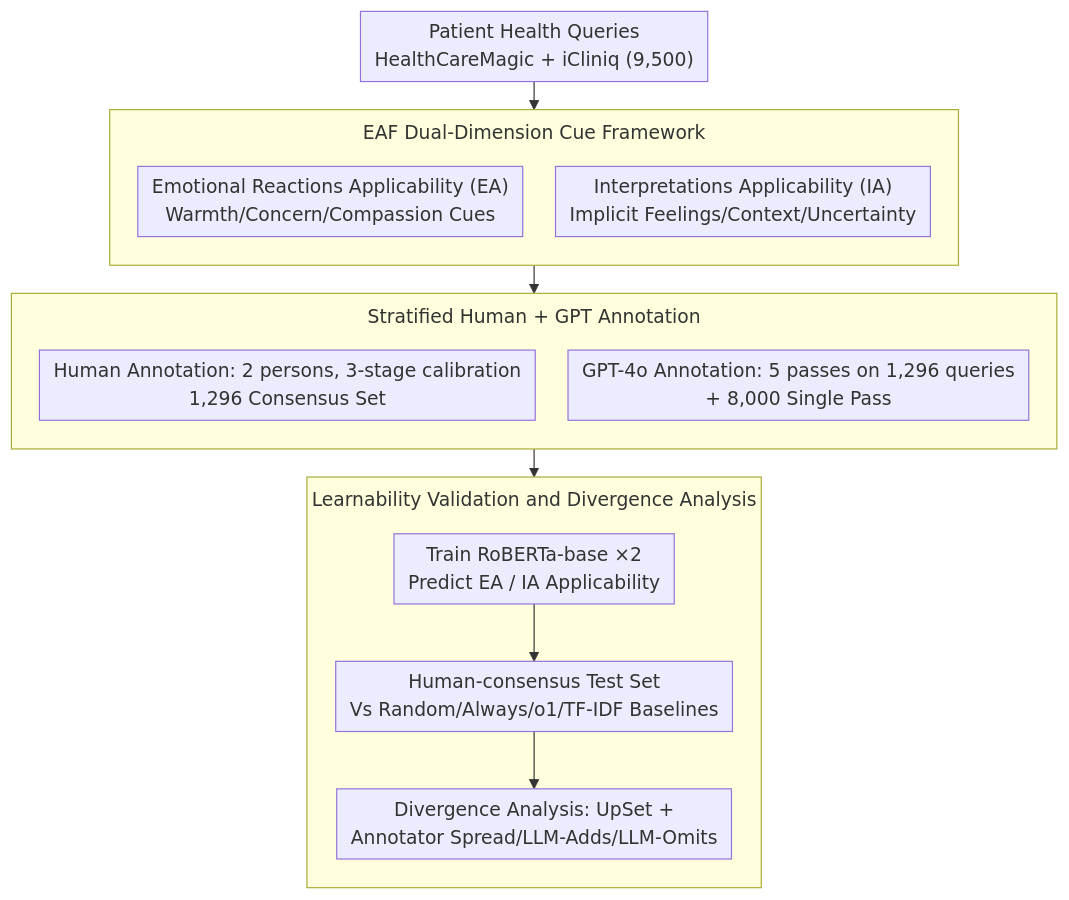
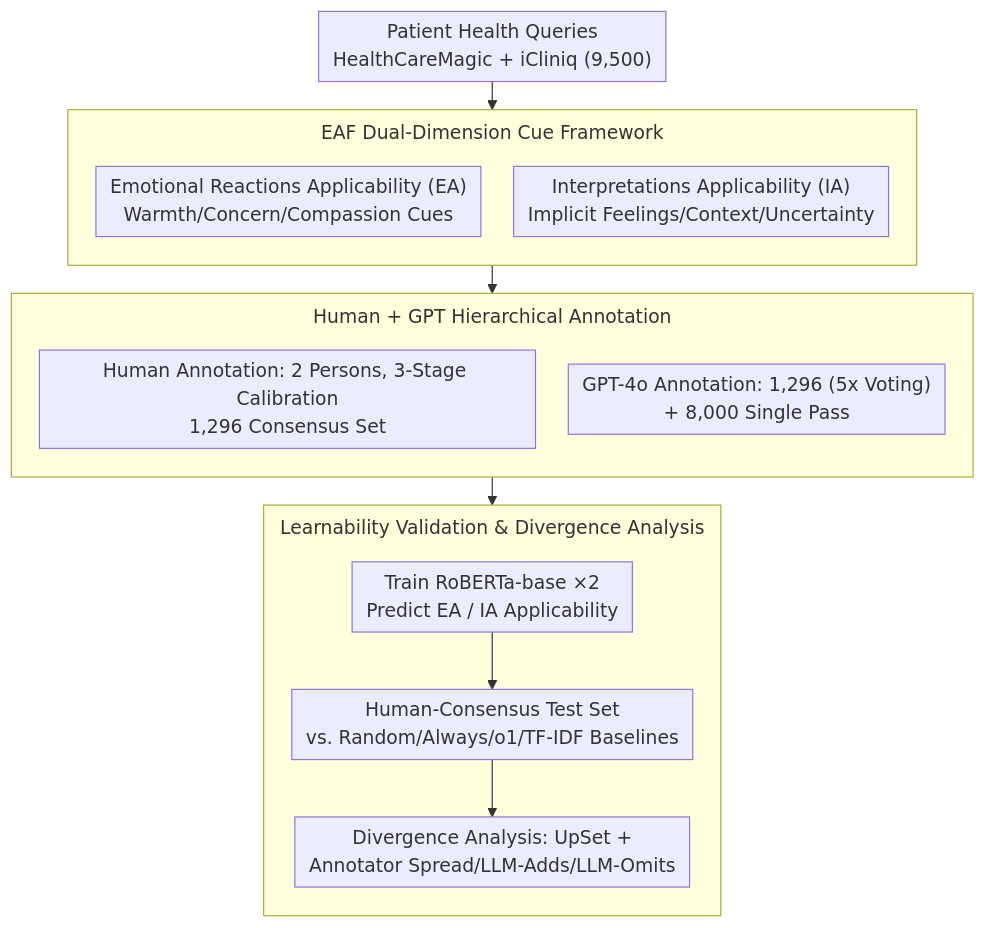
The diagram in docs/ACL2026/medical_nlp/empathy_applicability_modeling_for_general_health_queries.md (zhaoyang97/Paper-Notes-en), drawn with Mermaid before and after one commit. The commit also changed other lines of this file and 5084 other files, not shown here.

````diff
--- a/docs/ACL2026/medical_nlp/empathy_applicability_modeling_for_general_health_queries.md
+++ b/docs/ACL2026/medical_nlp/empathy_applicability_modeling_for_general_health_queries.md
@@ -47,25 +47,25 @@
 ```mermaid
 %%{init: {'flowchart': {'rankSpacing': 24, 'nodeSpacing': 28, 'padding': 6, 'wrappingWidth': 400, 'subGraphTitleMargin': {'top': 8, 'bottom': 16}}}}%%
 flowchart TD
     A["Patient Health Queries<br/>HealthCareMagic + iCliniq (9,500)"]
     A --> EAF
     subgraph EAF["EAF Dual-Dimension Cue Framework"]
         direction TB
         E1["Emotional Reactions Applicability (EA)<br/>Warmth/Concern/Compassion Cues"]
         E2["Interpretations Applicability (IA)<br/>Implicit Feelings/Context/Uncertainty"]
     end
     EAF --> ANN
-    subgraph ANN["Stratified Human + GPT Annotation"]
+    subgraph ANN["Human + GPT Hierarchical Annotation"]
         direction TB
-        H["Human Annotation: 2 persons, 3-stage calibration<br/>1,296 Consensus Set"]
-        G["GPT-4o Annotation: 5 passes on 1,296 queries<br/>+ 8,000 Single Pass"]
+        H["Human Annotation: 2 Persons, 3-Stage Calibration<br/>1,296 Consensus Set"]
+        G["GPT-4o Annotation: 1,296 (5x Voting)<br/>+ 8,000 Single Pass"]
     end
     ANN --> VAL
-    subgraph VAL["Learnability Validation and Divergence Analysis"]
+    subgraph VAL["Learnability Validation & Divergence Analysis"]
         direction TB
         CLS["Train RoBERTa-base ×2<br/>Predict EA / IA Applicability"]
-        EVAL["Human-consensus Test Set<br/>Vs Random/Always/o1/TF-IDF Baselines"]
+        EVAL["Human-Consensus Test Set<br/>vs. Random/Always/o1/TF-IDF Baselines"]
         DIV["Divergence Analysis: UpSet +<br/>Annotator Spread/LLM-Adds/LLM-Omits"]
         CLS --> EVAL --> DIV
     end
 ```
````
